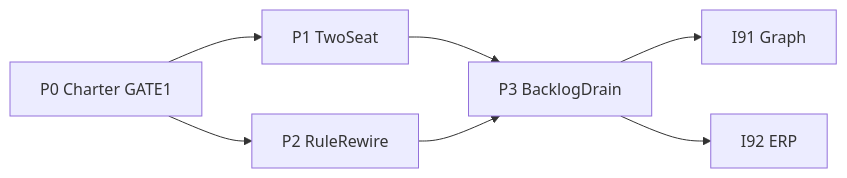
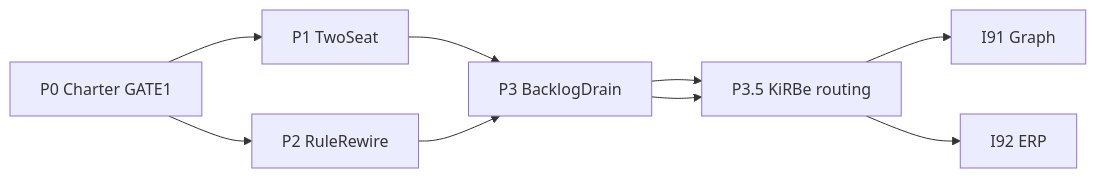
Before and after one commit to FraysaXII/openclaw-akos: the diagram in docs/wip/planning/90-routing-and-wiring/master-roadmap.md, drawn with Mermaid. The commit also changed other lines of this file and 17 other files, not shown here.

Commit message:
I90 P3.5 GATE #3b: KiRBe production routing ordnance (D-IH-90-X).

````diff
--- a/docs/wip/planning/90-routing-and-wiring/master-roadmap.md
+++ b/docs/wip/planning/90-routing-and-wiring/master-roadmap.md
@@ -44,16 +47,18 @@
 ```mermaid
 flowchart LR
   P0[P0 Charter GATE1]
   P1[P1 TwoSeat]
   P2[P2 RuleRewire]
   P3[P3 BacklogDrain]
   I91[I91 Graph]
   I92[I92 ERP]
 
   P0 --> P1
   P0 --> P2
   P1 --> P3
   P2 --> P3
-  P3 --> I91
-  P3 --> I92
+  P3 --> P35[P3.5 KiRBe routing]
+  P35 --> I91
+  P35 --> I92
+  P3 --> P35
 ```
````
